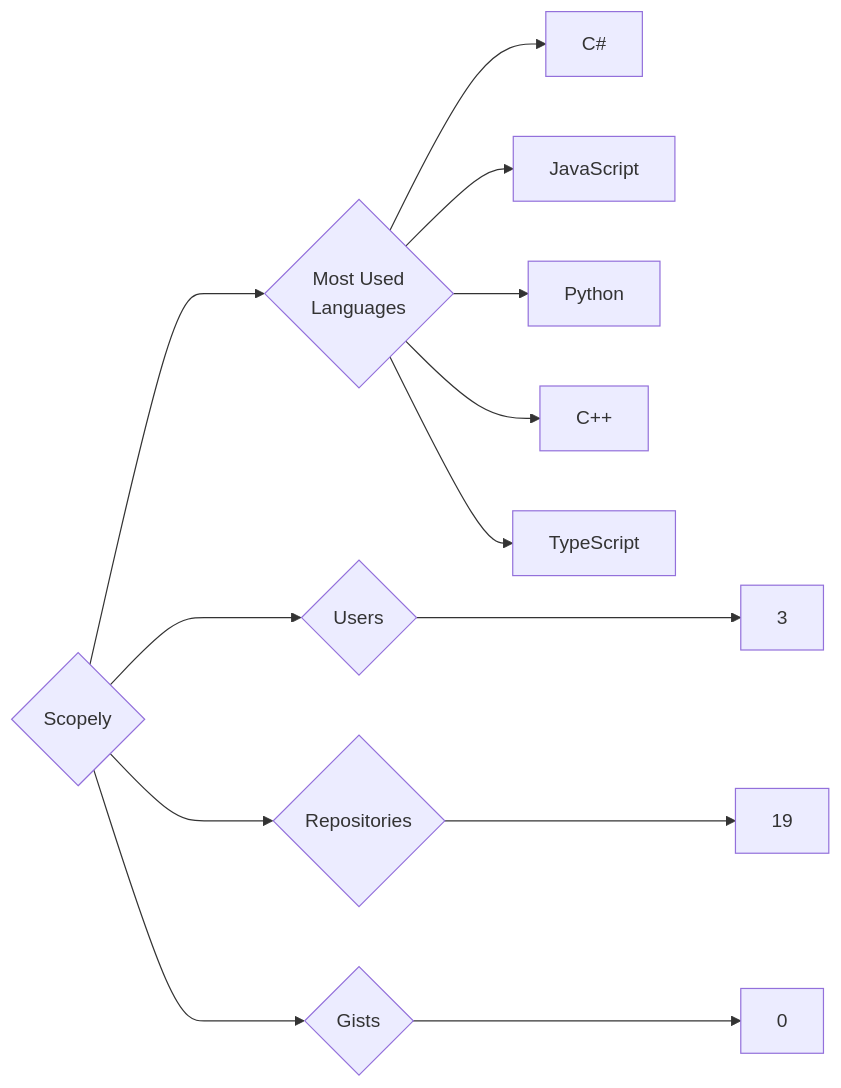
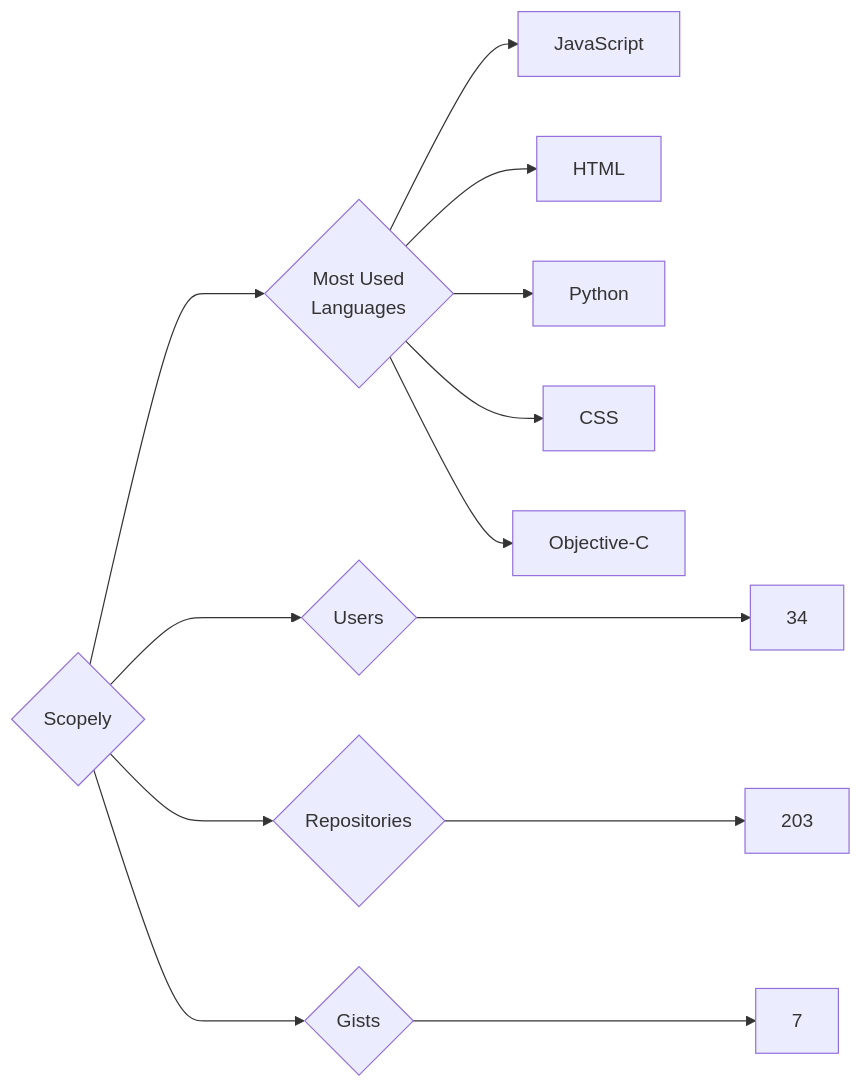
The diagram in targets/Scopely/README.md (trickest/insiders), drawn with Mermaid before and after one commit. The commit also changed 997 other files, not shown here.

````diff
--- a/targets/Scopely/README.md
+++ b/targets/Scopely/README.md
@@ -3,13 +3,13 @@
 ```mermaid
 graph LR
 COMPANY_NAME{Scopely}
-COMPANY_NAME ---> U{Users} ---> UN[3]
-COMPANY_NAME ---> R{Repositories} ---> RN[19]
-COMPANY_NAME ---> G{Gists} ---> GN[0]
+COMPANY_NAME ---> U{Users} ---> UN[34]
+COMPANY_NAME ---> R{Repositories} ---> RN[203]
+COMPANY_NAME ---> G{Gists} ---> GN[7]
 COMPANY_NAME ---> ML{Most Used<br>Languages}
-ML --> C#
-ML --> JavaScript
-ML --> Python
-ML --> C++
-ML --> TypeScript
+ML --> JavaScript[JavaScript]
+ML --> HTML[HTML]
+ML --> Python[Python]
+ML --> CSS[CSS]
+ML --> Objective-C[Objective-C]
 ```
````
